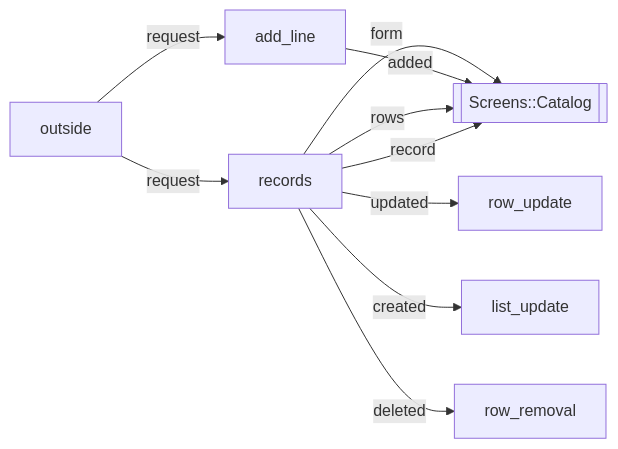
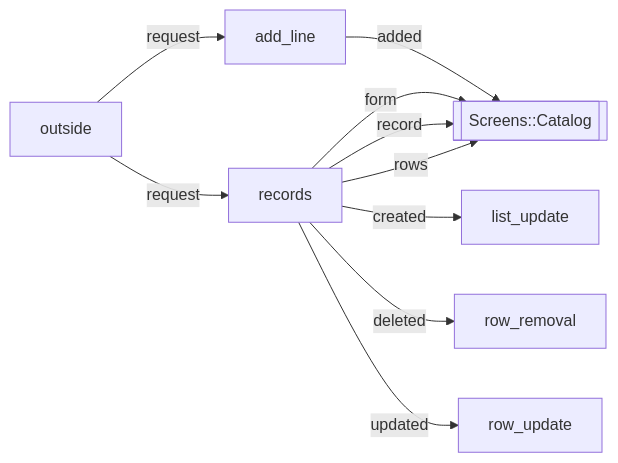
One commit to modellurgist/ala_variants_ruby changed the diagram in v07-plain-features/docs/diagrams/running/catalog.md. Above: the diagram before and after it, drawn with Mermaid. The commit also changed other lines of this file and 13 other files, not shown here.

Commit message:
chore: more test diagrams

````diff
--- a/v07-plain-features/docs/diagrams/running/catalog.md
+++ b/v07-plain-features/docs/diagrams/running/catalog.md
@@ -3,18 +3,18 @@
 ```mermaid
 flowchart LR
   screen[[Screens::Catalog]]
   records[records]
   add_line[add_line]
   list_update[list_update]
   row_update[row_update]
   row_removal[row_removal]
+  outside -- request --> add_line
   outside -- request --> records
+  add_line -- added --> screen
+  records -- created --> list_update
+  records -- deleted --> row_removal
   records -- form --> screen
-  outside -- request --> add_line
-  add_line -- added --> screen
+  records -- record --> screen
   records -- rows --> screen
   records -- updated --> row_update
-  records -- record --> screen
-  records -- created --> list_update
-  records -- deleted --> row_removal
 ```
````
